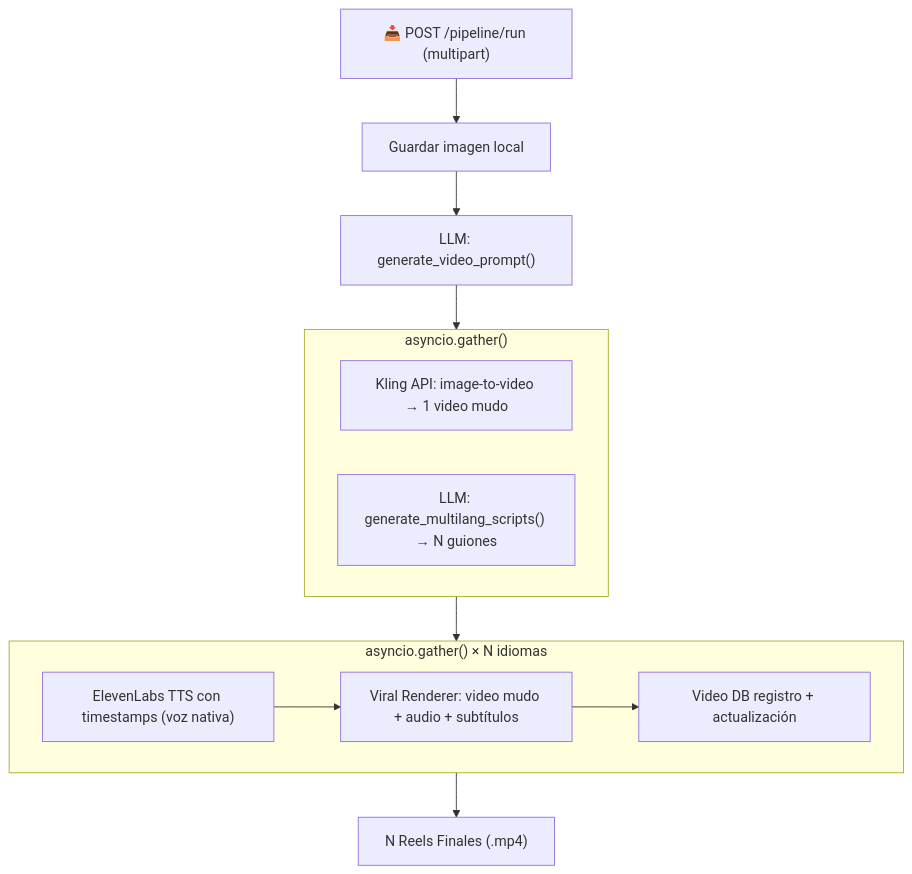
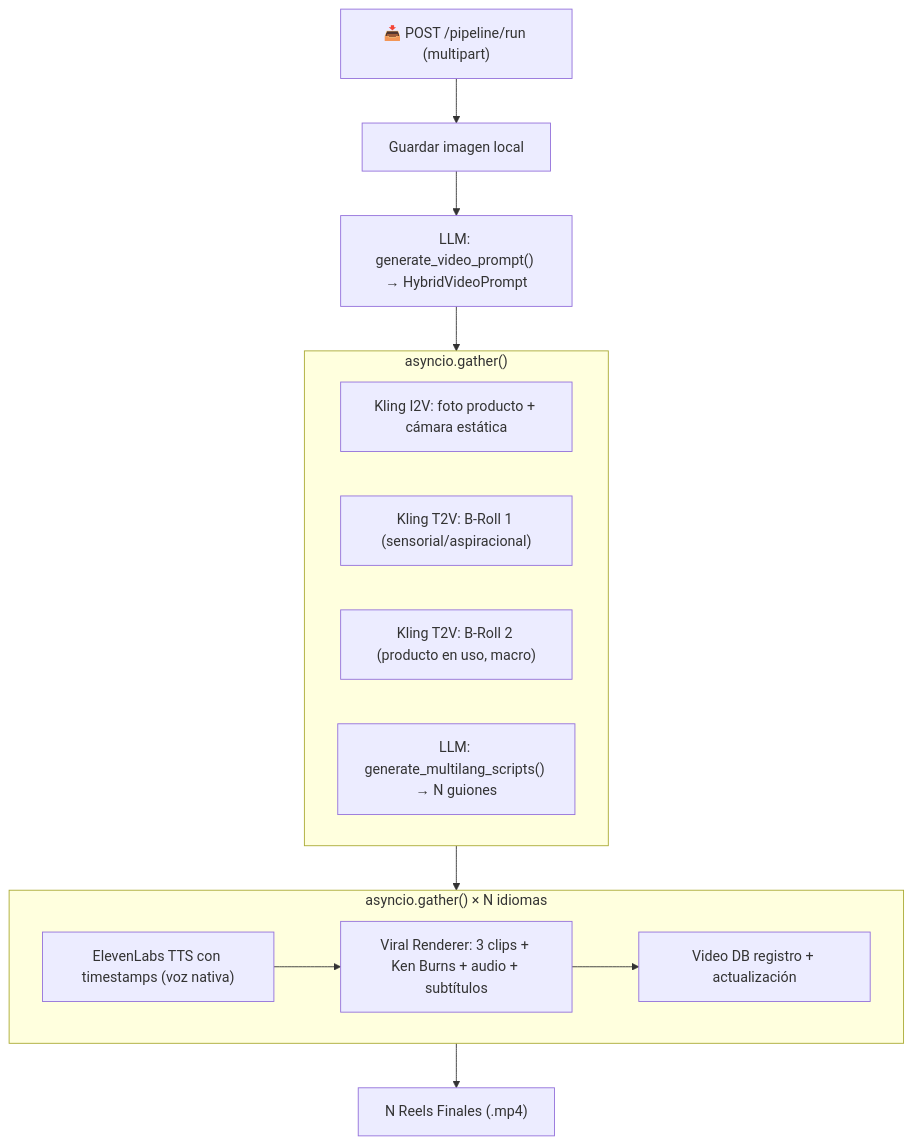
The second of 4 diagrams in workflow.md (facusm/affiliate_marketing_bot), drawn with Mermaid before and after one commit. The commit also changed other lines of this file and 9 other files, not shown here.

````diff
--- a/workflow.md
+++ b/workflow.md
@@ -299,22 +299,24 @@
 ```mermaid
 flowchart TD
     A["📥 POST /pipeline/run (multipart)"] --> B["Guardar imagen local"]
-    B --> PB1["LLM: generate_video_prompt()"]
+    B --> PB1["LLM: generate_video_prompt() → HybridVideoPrompt"]
     
     PB1 --> PB2["Paso 2+3 en PARALELO"]
     
     subgraph PB2["asyncio.gather()"]
-        PB2A["Kling API: image-to-video → 1 video mudo"]
-        PB2B["LLM: generate_multilang_scripts() → N guiones"]
+        PB2A["Kling I2V: foto producto + cámara estática"]
+        PB2B["Kling T2V: B-Roll 1 (sensorial/aspiracional)"]
+        PB2C["Kling T2V: B-Roll 2 (producto en uso, macro)"]
+        PB2D["LLM: generate_multilang_scripts() → N guiones"]
     end
     
     PB2 --> PB3["Para cada idioma (en PARALELO, SessionLocal aislada)"]
     
     subgraph PB3["asyncio.gather() × N idiomas"]
         PB3A["ElevenLabs TTS con timestamps (voz nativa)"]
-        PB3A --> PB3B["Viral Renderer: video mudo + audio + subtítulos"]
+        PB3A --> PB3B["Viral Renderer: 3 clips + Ken Burns + audio + subtítulos"]
         PB3B --> PB3C["Video DB registro + actualización"]
     end
     
     PB3 --> PB4["N Reels Finales (.mp4)"]
 ```
````
